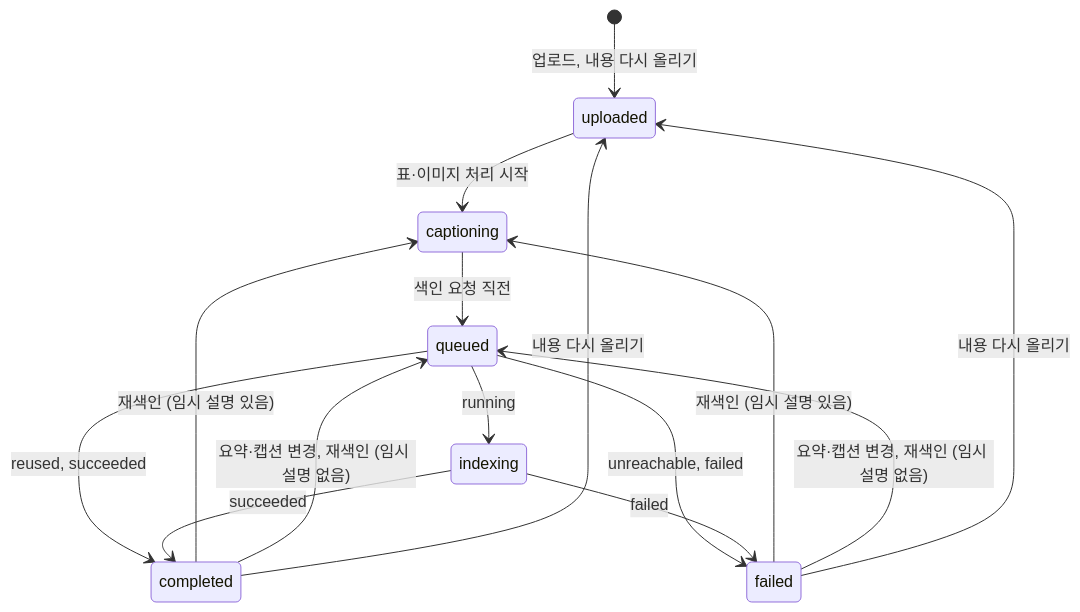
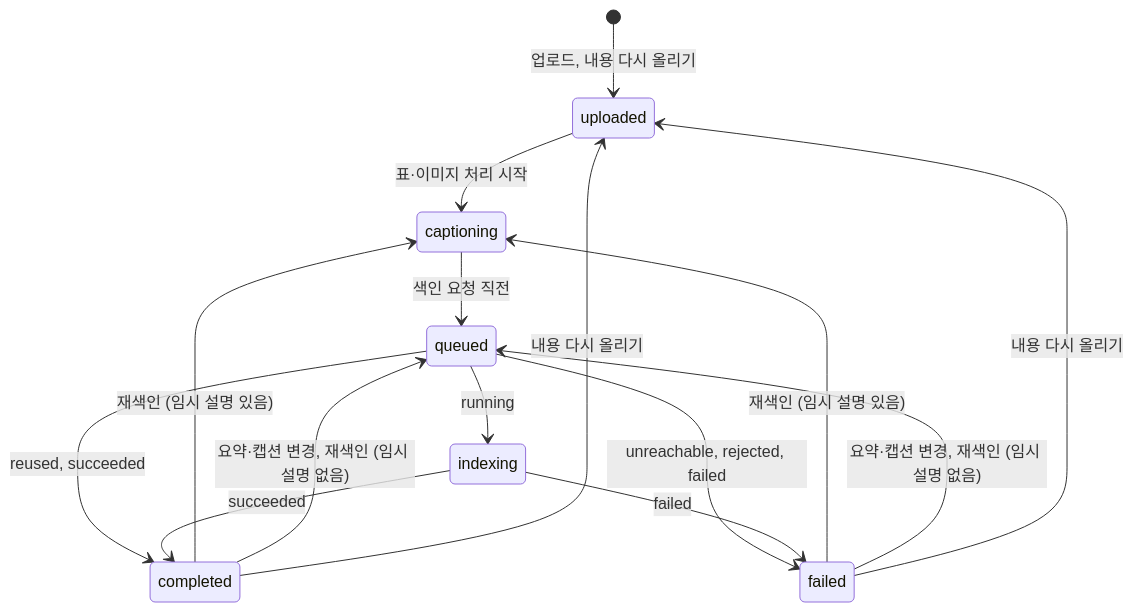
Before and after one commit to victor7-aquila/minerva: the third of 3 diagrams in apps/backend/src/documents/MODULE.md, drawn with Mermaid. The commit also changed other lines of this file and 26 other files, not shown here.

````diff
--- a/apps/backend/src/documents/MODULE.md
+++ b/apps/backend/src/documents/MODULE.md
@@ -511,17 +511,17 @@
 ```mermaid
 stateDiagram-v2
     [*] --> uploaded: 업로드, 내용 다시 올리기
     uploaded --> captioning: 표·이미지 처리 시작
     completed --> captioning: 재색인 (임시 설명 있음)
     failed --> captioning: 재색인 (임시 설명 있음)
     captioning --> queued: 색인 요청 직전
     completed --> queued: 요약·캡션 변경, 재색인 (임시 설명 없음)
     failed --> queued: 요약·캡션 변경, 재색인 (임시 설명 없음)
     queued --> completed: reused, succeeded
-    queued --> failed: unreachable, failed
+    queued --> failed: unreachable, rejected, failed
     queued --> indexing: running
     indexing --> completed: succeeded
     indexing --> failed: failed
     completed --> uploaded: 내용 다시 올리기
     failed --> uploaded: 내용 다시 올리기
 ```
````
